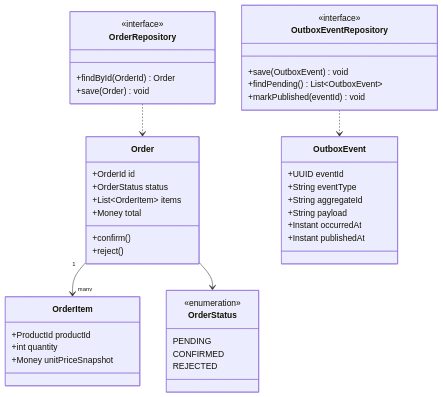
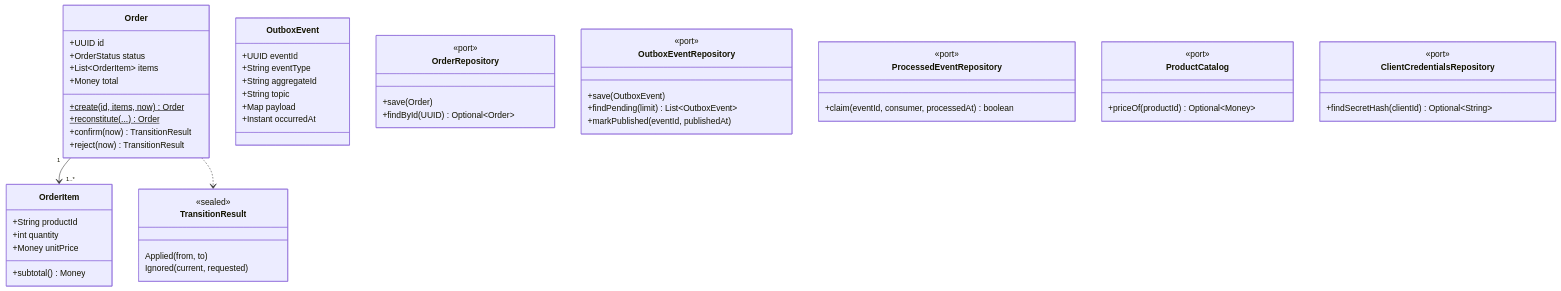
Before and after one commit to kaulinmindiola/Resilient-Order-Pipeline: the third of 12 diagrams in docs/sdd.md, drawn with Mermaid. The commit also changed other lines of this file, not shown here.

Commit message:
docs: align SDD with the implementation and add sequence diagrams

````diff
--- a/docs/sdd.md
+++ b/docs/sdd.md
@@ -231,45 +152,57 @@
 ```mermaid
 classDiagram
     class Order {
-        +OrderId id
+        +UUID id
         +OrderStatus status
         +List~OrderItem~ items
         +Money total
-        +confirm()
-        +reject()
+        +create(id, items, now)$ Order
+        +reconstitute(...)$ Order
+        +confirm(now) TransitionResult
+        +reject(now) TransitionResult
     }
     class OrderItem {
-        +ProductId productId
+        +String productId
         +int quantity
-        +Money unitPriceSnapshot
+        +Money unitPrice
+        +subtotal() Money
     }
-    class OrderStatus {
-        <<enumeration>>
-        PENDING
-        CONFIRMED
-        REJECTED
-    }
-    class OrderRepository {
-        <<interface>>
-        +findById(OrderId) Order
-        +save(Order) void
-    }
-    class OutboxEventRepository {
-        <<interface>>
-        +save(OutboxEvent) void
-        +findPending() List~OutboxEvent~
-        +markPublished(eventId) void
+    class TransitionResult {
+        <<sealed>>
+        Applied(from, to)
+        Ignored(current, requested)
     }
     class OutboxEvent {
         +UUID eventId
         +String eventType
         +String aggregateId
-        +String payload
+        +String topic
+        +Map payload
         +Instant occurredAt
-        +Instant publishedAt
     }
-    Order "1" --> "many" OrderItem
-    Order --> OrderStatus
-    OrderRepository ..> Order
-    OutboxEventRepository ..> OutboxEvent
+    class OrderRepository {
+        <<port>>
+        +save(Order)
+        +findById(UUID) Optional~Order~
+    }
+    class OutboxEventRepository {
+        <<port>>
+        +save(OutboxEvent)
+        +findPending(limit) List~OutboxEvent~
+        +markPublished(eventId, publishedAt)
+    }
+    class ProcessedEventRepository {
+        <<port>>
+        +claim(eventId, consumer, processedAt) boolean
+    }
+    class ProductCatalog {
+        <<port>>
+        +priceOf(productId) Optional~Money~
+    }
+    class ClientCredentialsRepository {
+        <<port>>
+        +findSecretHash(clientId) Optional~String~
+    }
+    Order "1" --> "1..*" OrderItem
+    Order ..> TransitionResult
 ```
````
